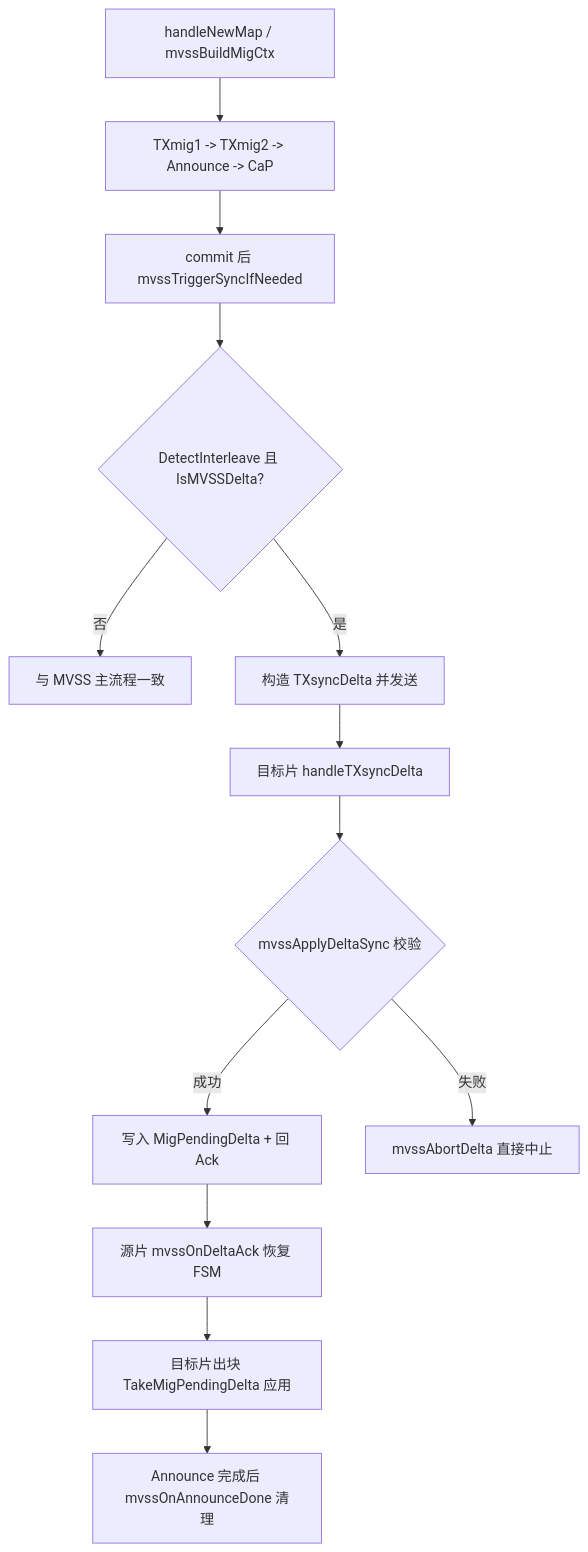
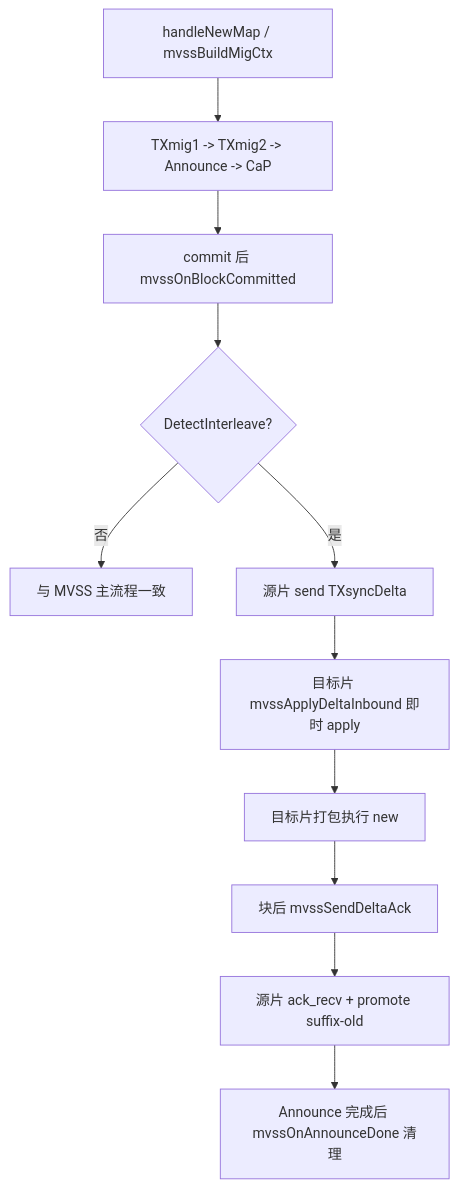
One commit to wiggle12138/MVSS_plus changed the diagram in 说明文档/账户迁移时序.md. Above: the diagram before and after it, drawn with Mermaid. The commit also changed other lines of this file and 29 other files, not shown here.

````diff
--- a/说明文档/账户迁移时序.md
+++ b/说明文档/账户迁移时序.md
@@ -240,15 +239,13 @@
 ```mermaid
 flowchart TD
     A[handleNewMap / mvssBuildMigCtx] --> B[TXmig1 -> TXmig2 -> Announce -> CaP]
-    B --> C[commit 后 mvssTriggerSyncIfNeeded]
-    C --> D{DetectInterleave 且 IsMVSSDelta?}
+    B --> C[commit 后 mvssOnBlockCommitted]
+    C --> D{DetectInterleave?}
     D -- 否 --> E[与 MVSS 主流程一致]
-    D -- 是 --> F[构造 TXsyncDelta 并发送]
-    F --> G[目标片 handleTXsyncDelta]
-    G --> H{mvssApplyDeltaSync 校验}
-    H -- 成功 --> I[写入 MigPendingDelta + 回 Ack]
-    H -- 失败 --> J[mvssAbortDelta 直接中止]
-    I --> K[源片 mvssOnDeltaAck 恢复 FSM]
-    K --> L[目标片出块 TakeMigPendingDelta 应用]
-    L --> M[Announce 完成后 mvssOnAnnounceDone 清理]
+    D -- 是 --> F[源片 send TXsyncDelta]
+    F --> G[目标片 mvssApplyDeltaInbound 即时 apply]
+    G --> H[目标片打包执行 new]
+    H --> I[块后 mvssSendDeltaAck]
+    I --> J[源片 ack_recv + promote suffix-old]
+    J --> K[Announce 完成后 mvssOnAnnounceDone 清理]
 ```
````
